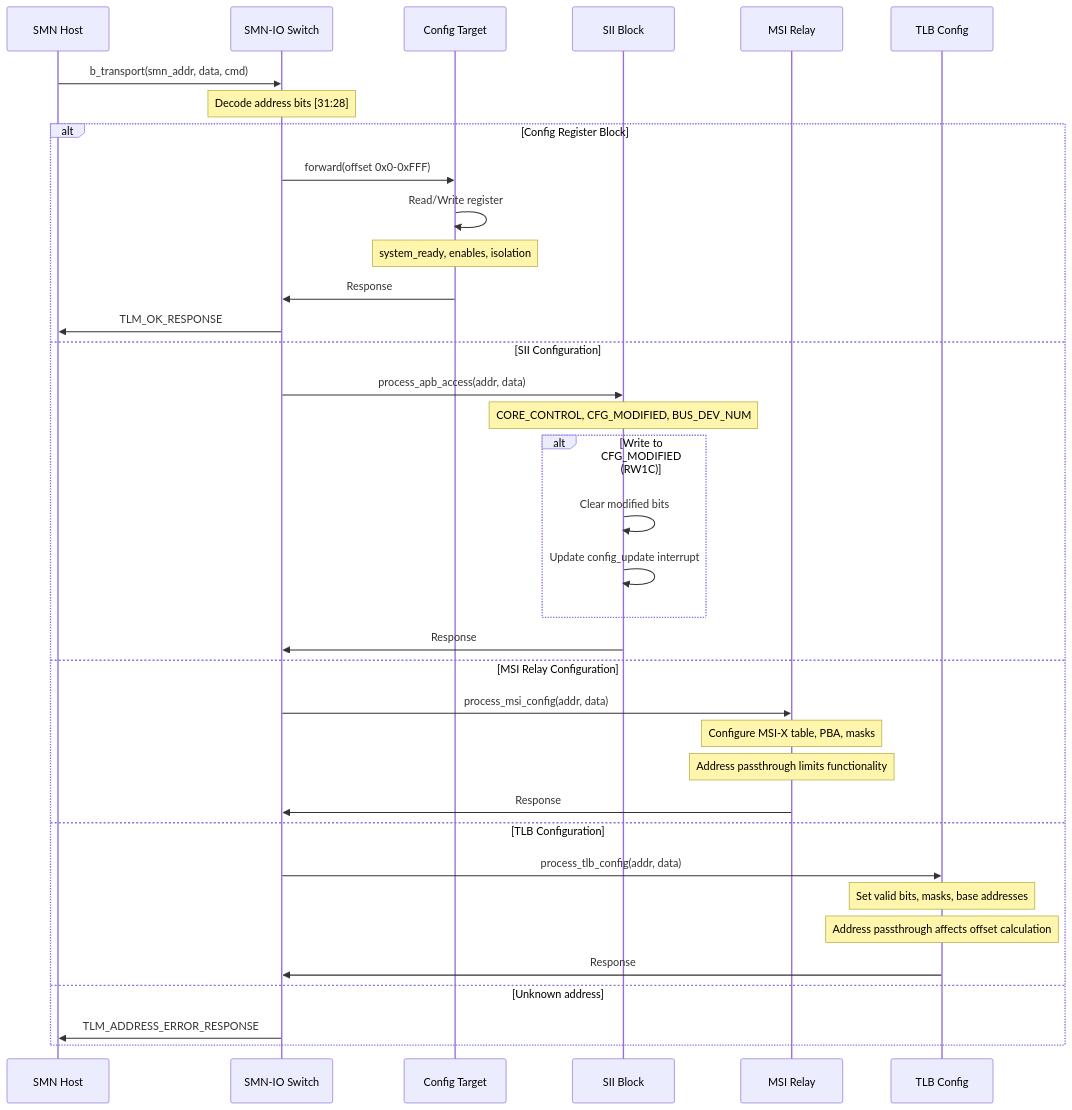
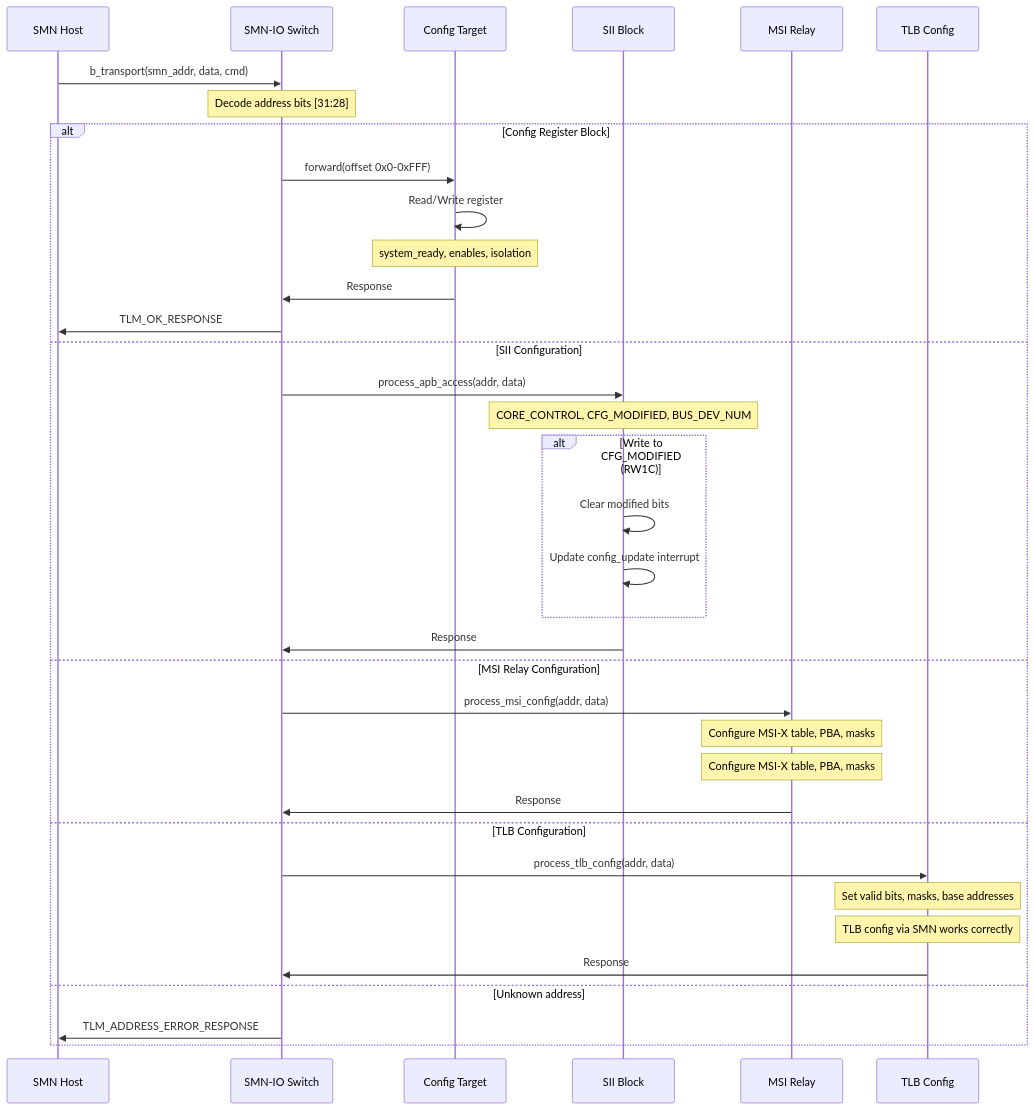
Before and after one commit to pdroyTT/Keraunos_PCIe_TILE: the ninth of 27 diagrams in docs_source/hld.md, drawn with Mermaid. The commit also changed other lines of this file and 744 other files, not shown here.

````diff
--- a/docs_source/hld.md
+++ b/docs_source/hld.md
@@ -826,45 +828,45 @@
 ```{mermaid}
 sequenceDiagram
     participant SMN as SMN Host
     participant SMNI as SMN-IO Switch
     participant TGT as Config Target
     participant SII as SII Block
     participant MSI as MSI Relay
     participant TLB as TLB Config
 
     SMN->>SMNI: b_transport(smn_addr, data, cmd)
     
     Note over SMNI: Decode address bits [31:28]
     
     alt Config Register Block
         SMNI->>TGT: forward(offset 0x0-0xFFF)
         TGT->>TGT: Read/Write register
         Note over TGT: system_ready, enables, isolation
         TGT->>SMNI: Response
         SMNI->>SMN: TLM_OK_RESPONSE
         
     else SII Configuration
         SMNI->>SII: process_apb_access(addr, data)
         Note over SII: CORE_CONTROL, CFG_MODIFIED, BUS_DEV_NUM
         alt Write to CFG_MODIFIED (RW1C)
             SII->>SII: Clear modified bits
             SII->>SII: Update config_update interrupt
         end
         SII->>SMNI: Response
         
     else MSI Relay Configuration
         SMNI->>MSI: process_msi_config(addr, data)
         Note over MSI: Configure MSI-X table, PBA, masks
-        Note over MSI: Address passthrough limits functionality
+        Note over MSI: Configure MSI-X table, PBA, masks
         MSI->>SMNI: Response
         
     else TLB Configuration
         SMNI->>TLB: process_tlb_config(addr, data)
         Note over TLB: Set valid bits, masks, base addresses
-        Note over TLB: Address passthrough affects offset calculation
+        Note over TLB: TLB config via SMN works correctly
         TLB->>SMNI: Response
         
     else Unknown address
         SMNI->>SMN: TLM_ADDRESS_ERROR_RESPONSE
     end
 ```
````
